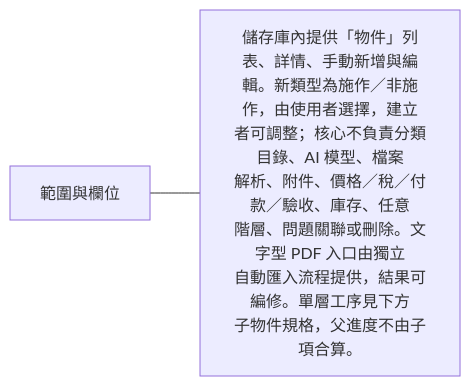
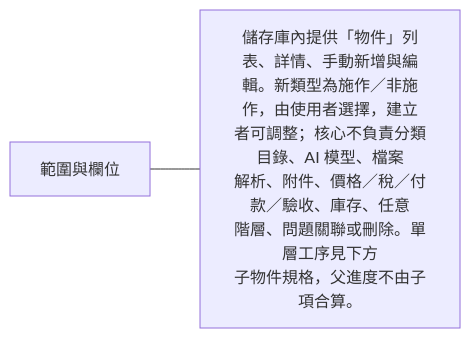
One commit to 963sup/line-mini-app-bot changed the second of 8 diagrams in docs/domains/object/design.md. Above: the diagram before and after it, drawn with Mermaid. The commit also changed other lines of this file and 100 other files, not shown here.

````diff
--- a/docs/domains/object/design.md
+++ b/docs/domains/object/design.md
@@ -13,5 +13,5 @@
 ```mermaid
 flowchart LR
   h["範圍與欄位"]
-  h --- n0["儲存庫內提供「物件」列表、詳情、手動新增與編<br/>輯。新類型為施作／非施作，由使用者選擇，建立<br/>者可調整；核心不負責分類目錄、AI 模型、檔案<br/>解析、附件、價格／稅／付款／驗收、庫存、任意<br/>階層、問題關聯或刪除。文字型 PDF 入口由獨立<br/>自動匯入流程提供，結果可編修。單層工序見下方<br/>子物件規格，父進度不由子項合算。"]
+  h --- n0["儲存庫內提供「物件」列表、詳情、手動新增與編<br/>輯。新類型為施作／非施作，由使用者選擇，建立<br/>者可調整；核心不負責分類目錄、AI 模型、檔案<br/>解析、附件、價格／稅／付款／驗收、庫存、任意<br/>階層、問題關聯或刪除。單層工序見下方<br/>子物件規格，父進度不由子項合算。"]
 ```
````
